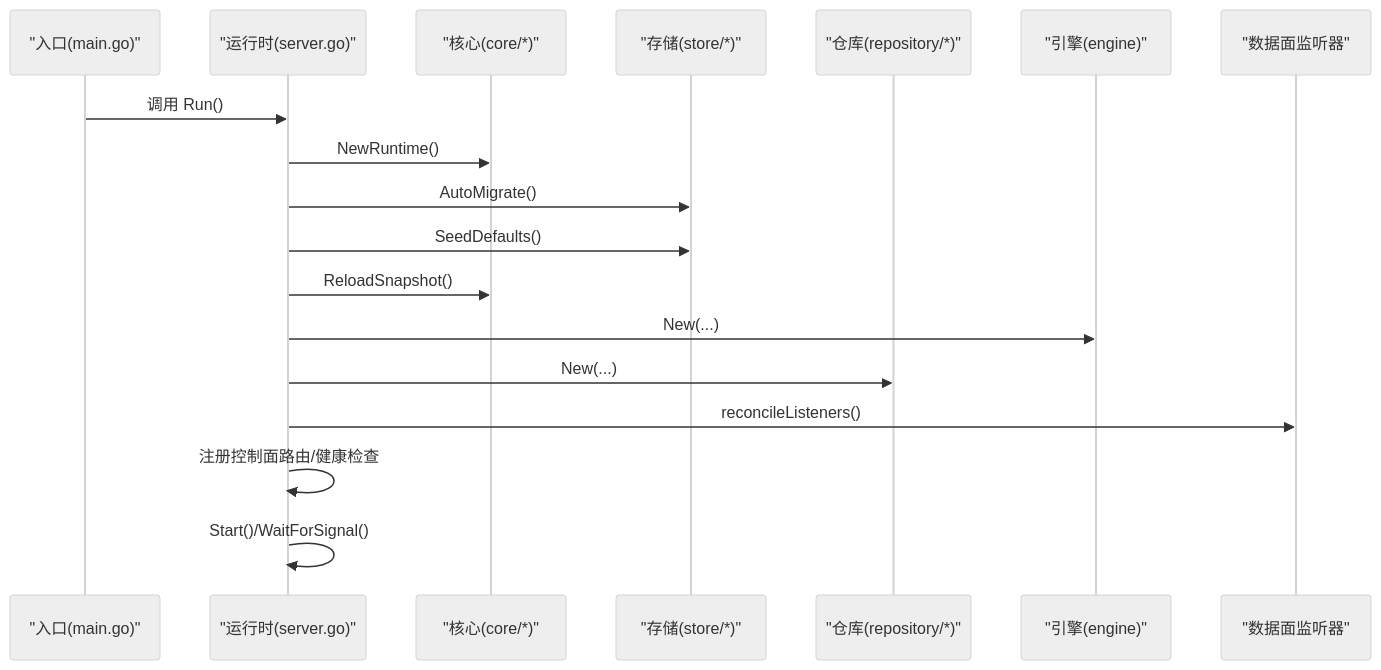
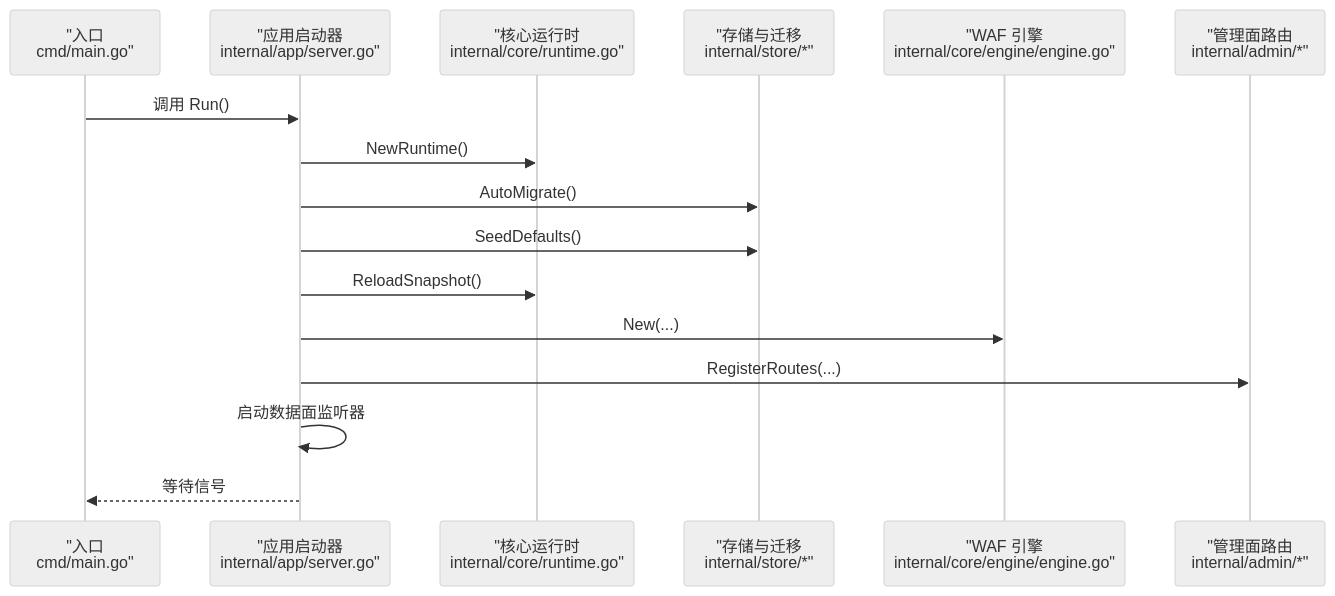
One commit to x01n/My-OpenWaf changed the third of 5 diagrams in docs/开发者指南.md. Above: the diagram before and after it, drawn with Mermaid (neutral theme). The commit also changed other lines of this file and 199 other files, not shown here.

````diff
--- a/docs/开发者指南.md
+++ b/docs/开发者指南.md
@@ -171,20 +172,18 @@
 ```mermaid
 sequenceDiagram
-participant Entrypoint as "入口(main.go)"
-participant App as "运行时(server.go)"
-participant Core as "核心(core/*)"
-participant Store as "存储(store/*)"
-participant Repo as "仓库(repository/*)"
-participant Eng as "引擎(engine)"
-participant DP as "数据面监听器"
+participant Entrypoint as "入口<br/>cmd/main.go"
+participant App as "应用启动器<br/>internal/app/server.go"
+participant Core as "核心运行时<br/>internal/core/runtime.go"
+participant Store as "存储与迁移<br/>internal/store/*"
+participant Eng as "WAF 引擎<br/>internal/core/engine/engine.go"
+participant Admin as "管理面路由<br/>internal/admin/*"
 Entrypoint->>App : 调用 Run()
 App->>Core : NewRuntime()
 App->>Store : AutoMigrate()
 App->>Store : SeedDefaults()
 App->>Core : ReloadSnapshot()
 App->>Eng : New(...)
-App->>Repo : New(...)
-App->>DP : reconcileListeners()
-App->>App : 注册控制面路由/健康检查
-App->>App : Start()/WaitForSignal()
+App->>Admin : RegisterRoutes(...)
+App->>App : 启动数据面监听器
+App-->>Entrypoint : 等待信号
 ```
````
